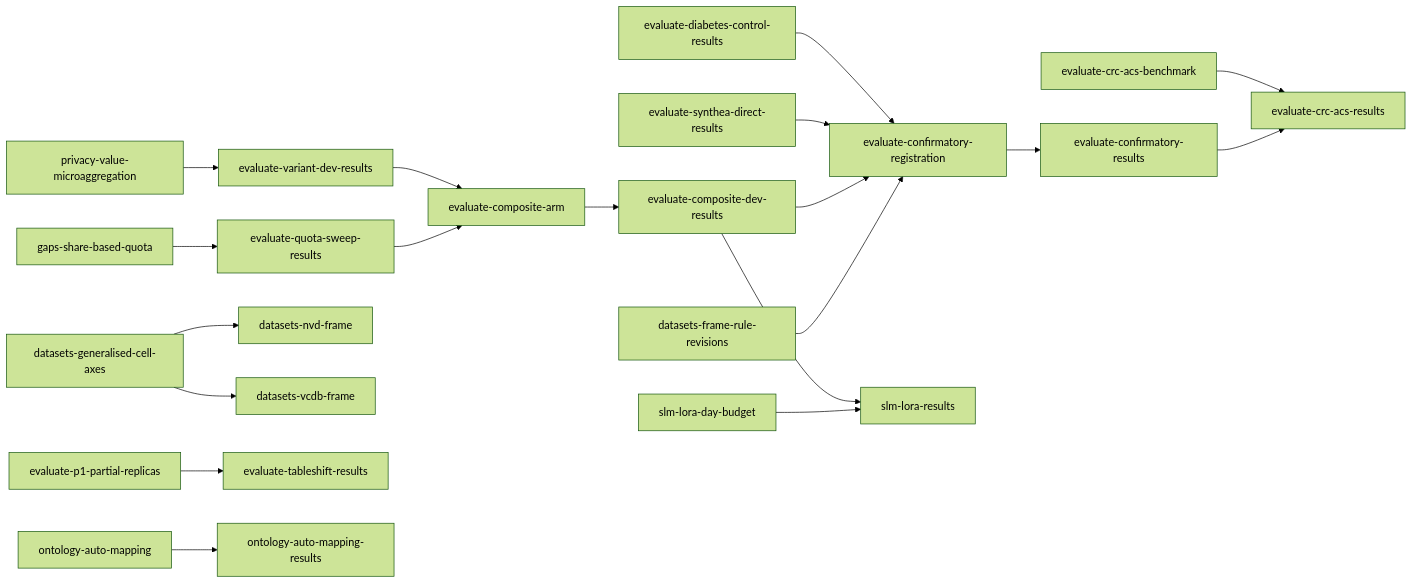
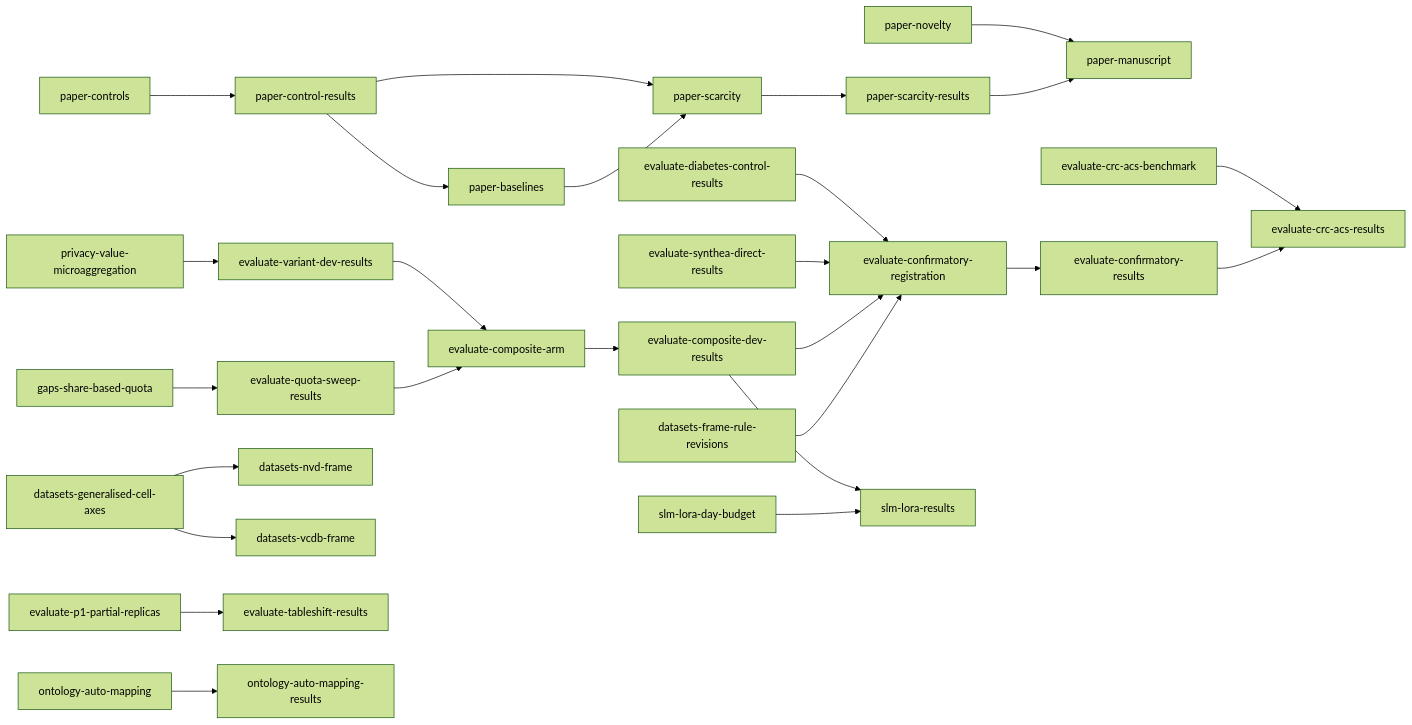
One commit to joe-dartmouth/synthetic changed the diagram in tasks/direct-index.md. Above: the diagram before and after it, drawn with Mermaid (forest theme). The commit also changed other lines of this file and 7 other files, not shown here.

Commit message:
Plan matched knowledge controls and paper-readiness experiments

````diff
--- a/tasks/direct-index.md
+++ b/tasks/direct-index.md
@@ -65,21 +84,28 @@
 ```mermaid
 flowchart LR
+    p1[paper-controls] --> p2[paper-control-results]
+    p2[paper-control-results] --> p3[paper-baselines]
+    p2[paper-control-results] --> p4[paper-scarcity]
+    p3[paper-baselines] --> p4[paper-scarcity]
+    p4[paper-scarcity] --> p5[paper-scarcity-results]
+    p0[paper-novelty] --> p6[paper-manuscript]
+    p5[paper-scarcity-results] --> p6[paper-manuscript]
     u16[privacy-value-microaggregation] --> u19[evaluate-variant-dev-results]
     u20[gaps-share-based-quota] --> u21[evaluate-quota-sweep-results]
     u50[datasets-generalised-cell-axes] --> u52[datasets-nvd-frame]
     u50 --> u53[datasets-vcdb-frame]
     u19 --> u28[evaluate-composite-arm]
     u21 --> u28
     u28 --> u29[evaluate-composite-dev-results]
     u7[evaluate-diabetes-control-results] --> u30[evaluate-confirmatory-registration]
     u8[evaluate-synthea-direct-results] --> u30
     u29 --> u30
     u56[datasets-frame-rule-revisions] --> u30
     u30 --> u31[evaluate-confirmatory-results]
     u54[evaluate-p1-partial-replicas] --> u55[evaluate-tableshift-results]
     u41[evaluate-crc-acs-benchmark] --> u42[evaluate-crc-acs-results]
     u31 --> u42
     u32[ontology-auto-mapping] --> u33[ontology-auto-mapping-results]
     u29 --> u36[slm-lora-results]
     u51[slm-lora-day-budget] --> u36
 ```
````
